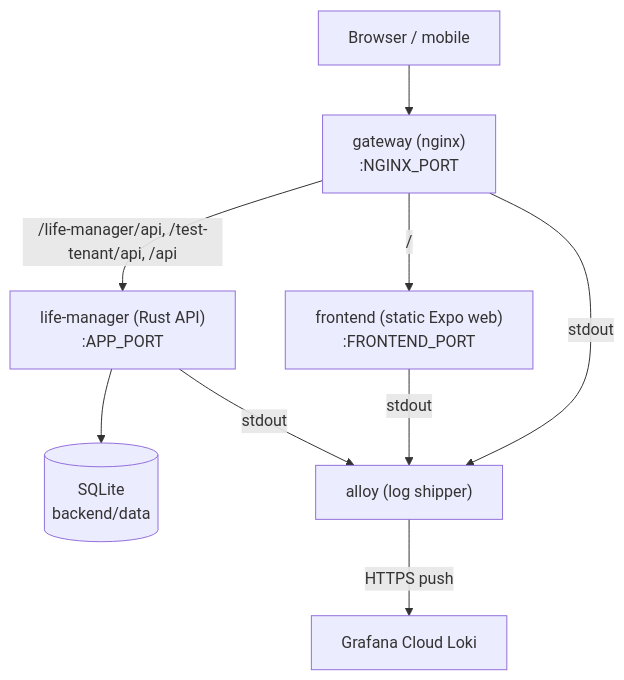
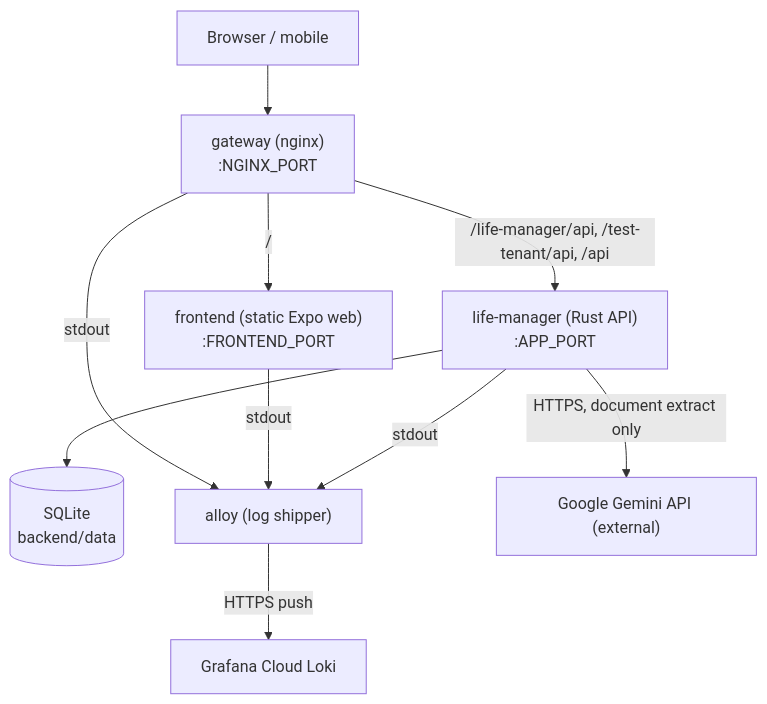
One commit to mikeyjay39/life-manager changed the fourth of 6 diagrams in docs/architecture.md. Above: the diagram before and after it, drawn with Mermaid. The commit also changed other lines of this file and 5 other files, not shown here.

First line of the commit message:
Document the Extract From File workflow (gh-323)

````diff
--- a/docs/architecture.md
+++ b/docs/architecture.md
@@ -163,19 +165,21 @@
 ```mermaid
 flowchart TB
   browser["Browser / mobile"]
   gateway["gateway (nginx)\n:NGINX_PORT"]
   frontend["frontend (static Expo web)\n:FRONTEND_PORT"]
   api["life-manager (Rust API)\n:APP_PORT"]
   db[("SQLite\nbackend/data")]
   alloy["alloy (log shipper)"]
   grafanaCloud["Grafana Cloud Loki"]
+  gemini["Google Gemini API (external)"]
 
   browser --> gateway
   gateway -->|"/"| frontend
   gateway -->|"/life-manager/api, /test-tenant/api, /api"| api
   api --> db
+  api -->|"HTTPS, document extract only"| gemini
   gateway -->|"stdout"| alloy
   frontend -->|"stdout"| alloy
   api -->|"stdout"| alloy
   alloy -->|"HTTPS push"| grafanaCloud
 ```
````
